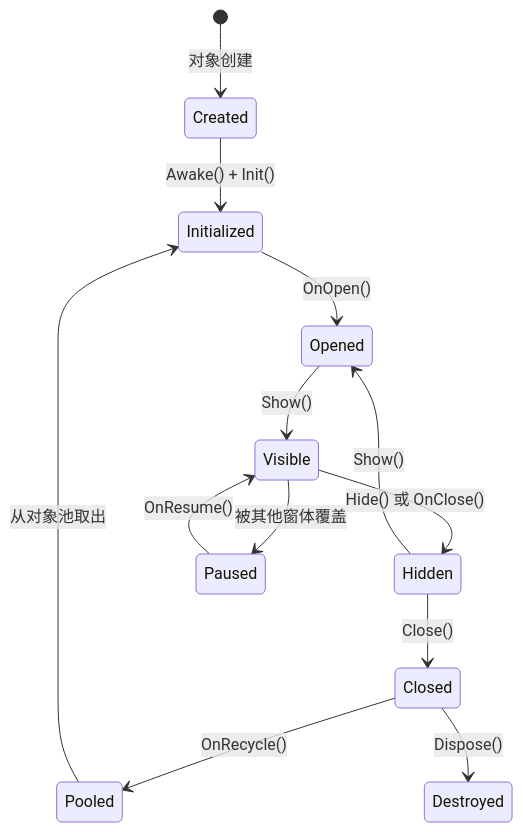
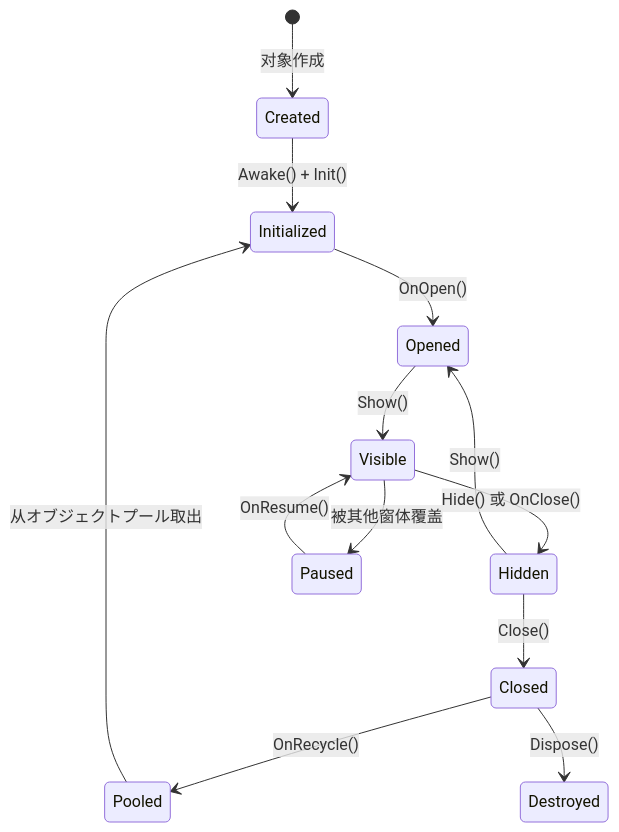
One commit to AlianBlank/GameFrameX.Docs changed the second of 2 diagrams in docs/ja/client/unity/component/ui/12.ui-form-api.md. Above: the diagram before and after it, drawn with Mermaid. The commit also changed other lines of this file and 603 other files, not shown here.

````diff
--- a/docs/ja/client/unity/component/ui/12.ui-form-api.md
+++ b/docs/ja/client/unity/component/ui/12.ui-form-api.md
@@ -101,16 +101,16 @@
 ```mermaid
 stateDiagram-v2
-    [*] --> Created: 对象创建
+    [*] --> Created: 对象作成
     Created --> Initialized: Awake() + Init()
     Initialized --> Opened: OnOpen()
     Opened --> Visible: Show()
     Visible --> Hidden: Hide() 或 OnClose()
     Hidden --> Opened: Show()
     Hidden --> Closed: Close()
     Closed --> Pooled: OnRecycle()
-    Pooled --> Initialized: 从对象池取出
+    Pooled --> Initialized: 从オブジェクトプール取出
     Closed --> Destroyed: Dispose()
     
     Visible --> Paused: 被其他窗体覆盖
     Paused --> Visible: OnResume()
 ```
````
